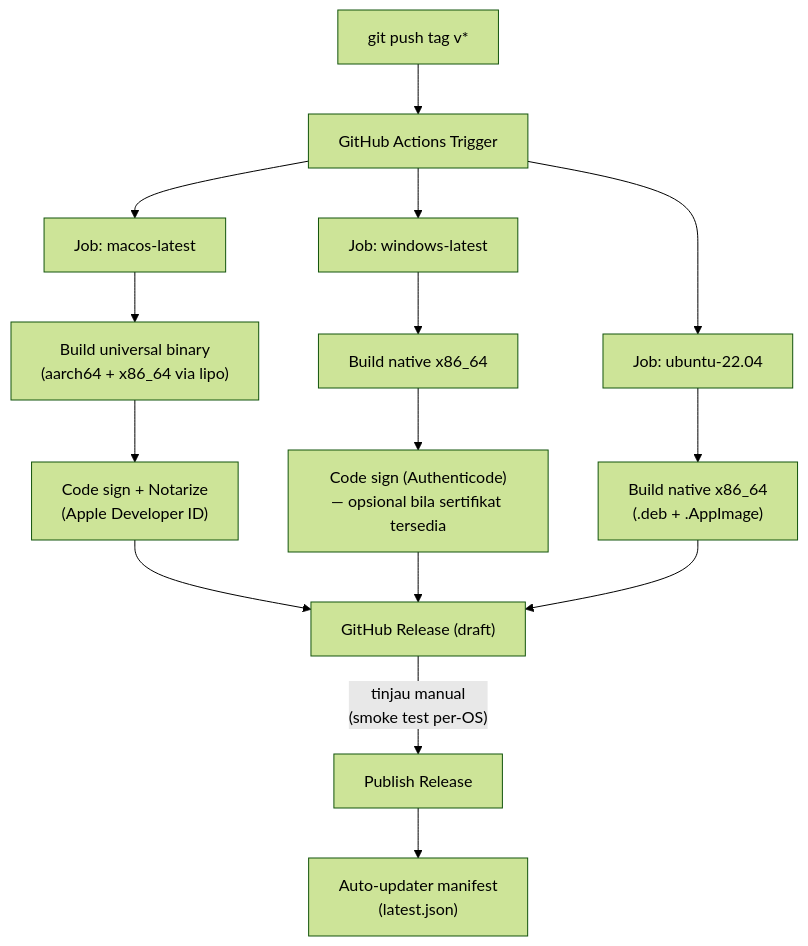
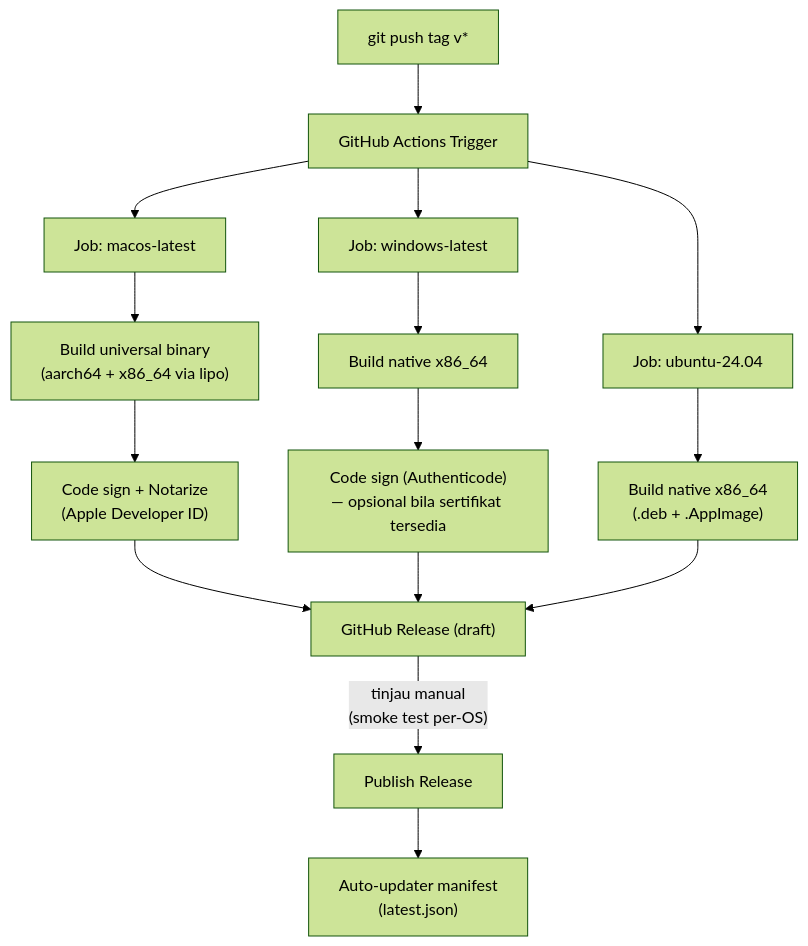
Diagram 20 of 20 in SDD_Lean_Internal.md (itshazlan/trackflow), drawn with Mermaid (forest theme) before and after one commit. The commit also changed other lines of this file and 2 other files, not shown here.

Commit message:
chore: upgrade CI runner from ubuntu-22.04 to ubuntu-24.04 across documentation and workflows

````diff
--- a/SDD_Lean_Internal.md
+++ b/SDD_Lean_Internal.md
@@ -1236,19 +1236,19 @@
 ```mermaid
 flowchart TB
     TAG["git push tag v*"] --> GH["GitHub Actions Trigger"]
     GH --> M["Job: macos-latest"]
     GH --> W["Job: windows-latest"]
-    GH --> L["Job: ubuntu-22.04"]
+    GH --> L["Job: ubuntu-24.04"]
 
     M --> MB["Build universal binary\n(aarch64 + x86_64 via lipo)"]
     MB --> MS["Code sign + Notarize\n(Apple Developer ID)"]
     W --> WB["Build native x86_64"]
     WB --> WS["Code sign (Authenticode)\n— opsional bila sertifikat tersedia"]
     L --> LB["Build native x86_64\n(.deb + .AppImage)"]
 
     MS --> DRAFT["GitHub Release (draft)"]
     WS --> DRAFT
     LB --> DRAFT
     DRAFT -->|"tinjau manual\n(smoke test per-OS)"| PUB["Publish Release"]
     PUB --> UPDATER["Auto-updater manifest\n(latest.json)"]
 ```
````
